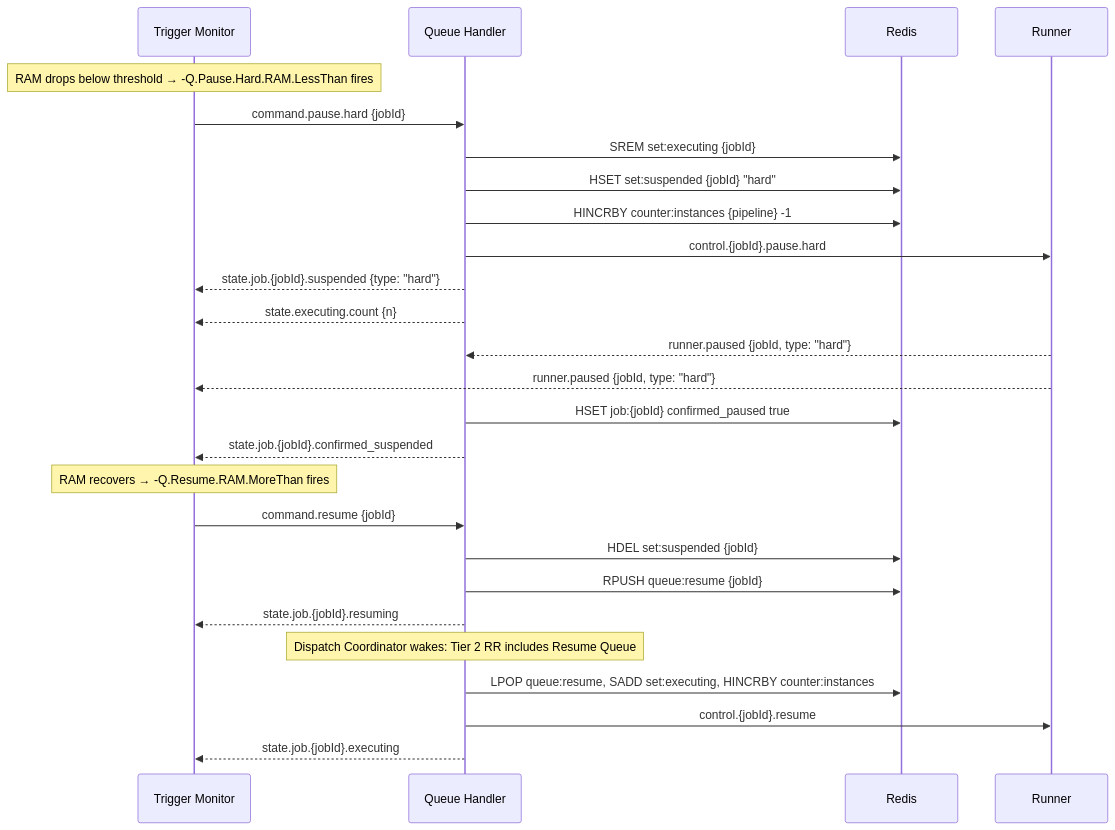
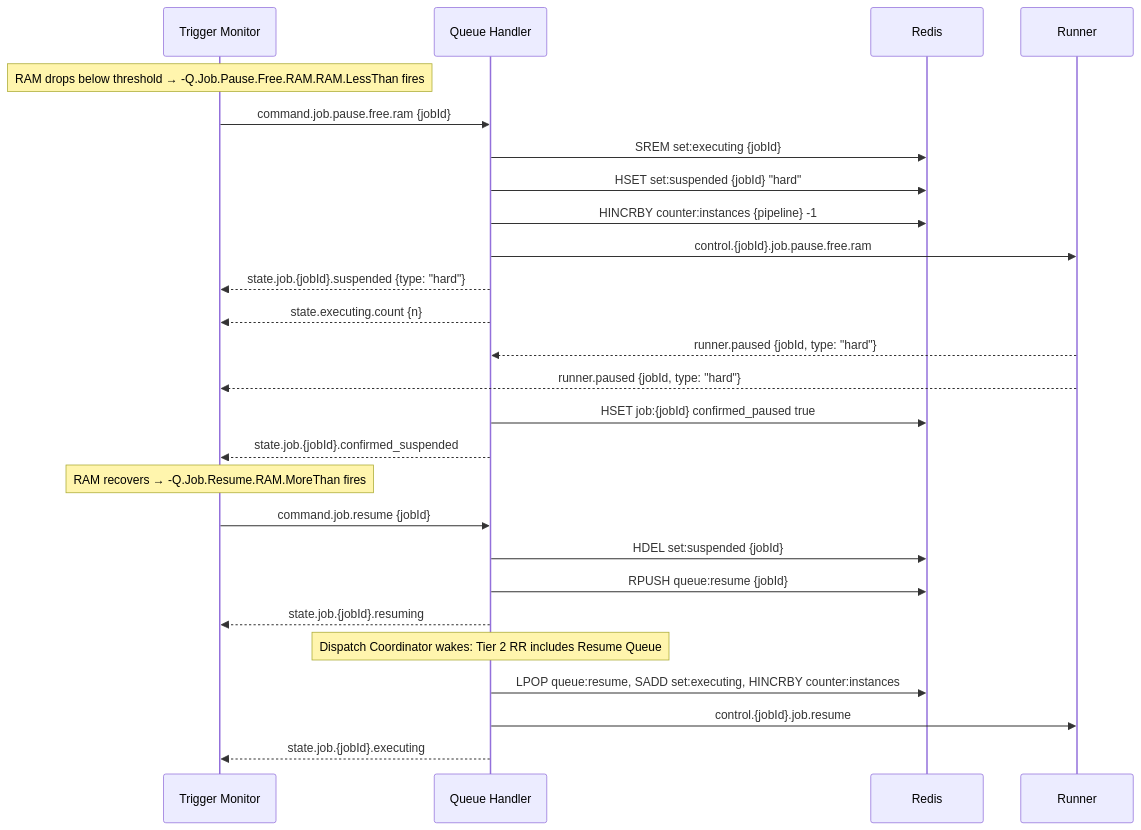
The fifth of 5 diagrams in docs/technical/plan/queue-manager/sequence-diagrams.md (hasan-alj88/Polyglot), drawn with Mermaid before and after one commit. The commit also changed other lines of this file and 8 other files, not shown here.

````diff
--- a/docs/technical/plan/queue-manager/sequence-diagrams.md
+++ b/docs/technical/plan/queue-manager/sequence-diagrams.md
@@ -165,32 +165,32 @@
 ```mermaid
 sequenceDiagram
     participant TM as Trigger Monitor
     participant QH as Queue Handler
     participant Redis
     participant Runner
 
-    Note over TM: RAM drops below threshold → -Q.Pause.Hard.RAM.LessThan fires
-    TM->>QH: command.pause.hard {jobId}
+    Note over TM: RAM drops below threshold → -Q.Job.Pause.Free.RAM.RAM.LessThan fires
+    TM->>QH: command.job.pause.free.ram {jobId}
     QH->>Redis: SREM set:executing {jobId}
     QH->>Redis: HSET set:suspended {jobId} "hard"
     QH->>Redis: HINCRBY counter:instances {pipeline} -1
-    QH->>Runner: control.{jobId}.pause.hard
+    QH->>Runner: control.{jobId}.job.pause.free.ram
     QH-->>TM: state.job.{jobId}.suspended {type: "hard"}
     QH-->>TM: state.executing.count {n}
 
     Runner-->>QH: runner.paused {jobId, type: "hard"}
     Runner-->>TM: runner.paused {jobId, type: "hard"}
     QH->>Redis: HSET job:{jobId} confirmed_paused true
     QH-->>TM: state.job.{jobId}.confirmed_suspended
 
-    Note over TM: RAM recovers → -Q.Resume.RAM.MoreThan fires
-    TM->>QH: command.resume {jobId}
+    Note over TM: RAM recovers → -Q.Job.Resume.RAM.MoreThan fires
+    TM->>QH: command.job.resume {jobId}
     QH->>Redis: HDEL set:suspended {jobId}
     QH->>Redis: RPUSH queue:resume {jobId}
     QH-->>TM: state.job.{jobId}.resuming
 
     Note over QH: Dispatch Coordinator wakes: Tier 2 RR includes Resume Queue
     QH->>Redis: LPOP queue:resume, SADD set:executing, HINCRBY counter:instances
-    QH->>Runner: control.{jobId}.resume
+    QH->>Runner: control.{jobId}.job.resume
     QH-->>TM: state.job.{jobId}.executing
 ```
````
